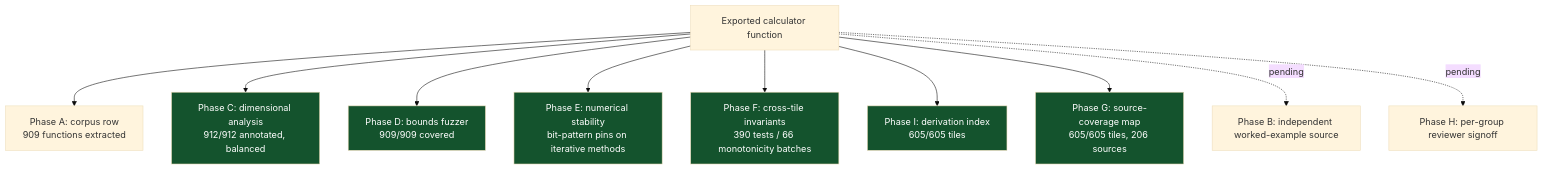
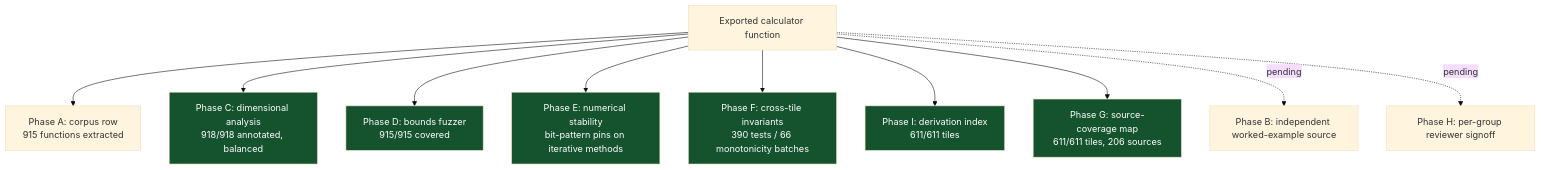
Before and after one commit to clay-good/roughlogic.com: the sixth of 8 diagrams in README.md, drawn with Mermaid (base theme). The commit also changed other lines of this file and 16 other files, not shown here.

````diff
--- a/README.md
+++ b/README.md
@@ -387,18 +387,18 @@
 ```mermaid
 flowchart TB
-    F[Exported calculator function] --> A[Phase A: corpus row\n909 functions extracted]
-    F --> C[Phase C: dimensional analysis\n912/912 annotated, balanced]
-    F --> D[Phase D: bounds fuzzer\n909/909 covered]
+    F[Exported calculator function] --> A[Phase A: corpus row\n915 functions extracted]
+    F --> C[Phase C: dimensional analysis\n918/918 annotated, balanced]
+    F --> D[Phase D: bounds fuzzer\n915/915 covered]
     F --> E[Phase E: numerical stability\nbit-pattern pins on iterative methods]
     F --> Fa[Phase F: cross-tile invariants\n390 tests / 66 monotonicity batches]
-    F --> I[Phase I: derivation index\n605/605 tiles]
-    F --> G[Phase G: source-coverage map\n605/605 tiles, 206 sources]
+    F --> I[Phase I: derivation index\n611/611 tiles]
+    F --> G[Phase G: source-coverage map\n611/611 tiles, 206 sources]
     F -.pending.-> B[Phase B: independent worked-example source]
     F -.pending.-> H[Phase H: per-group reviewer signoff]
     style C fill:#14532d,color:#fff
     style D fill:#14532d,color:#fff
     style E fill:#14532d,color:#fff
     style Fa fill:#14532d,color:#fff
     style G fill:#14532d,color:#fff
     style I fill:#14532d,color:#fff
 ```
````
